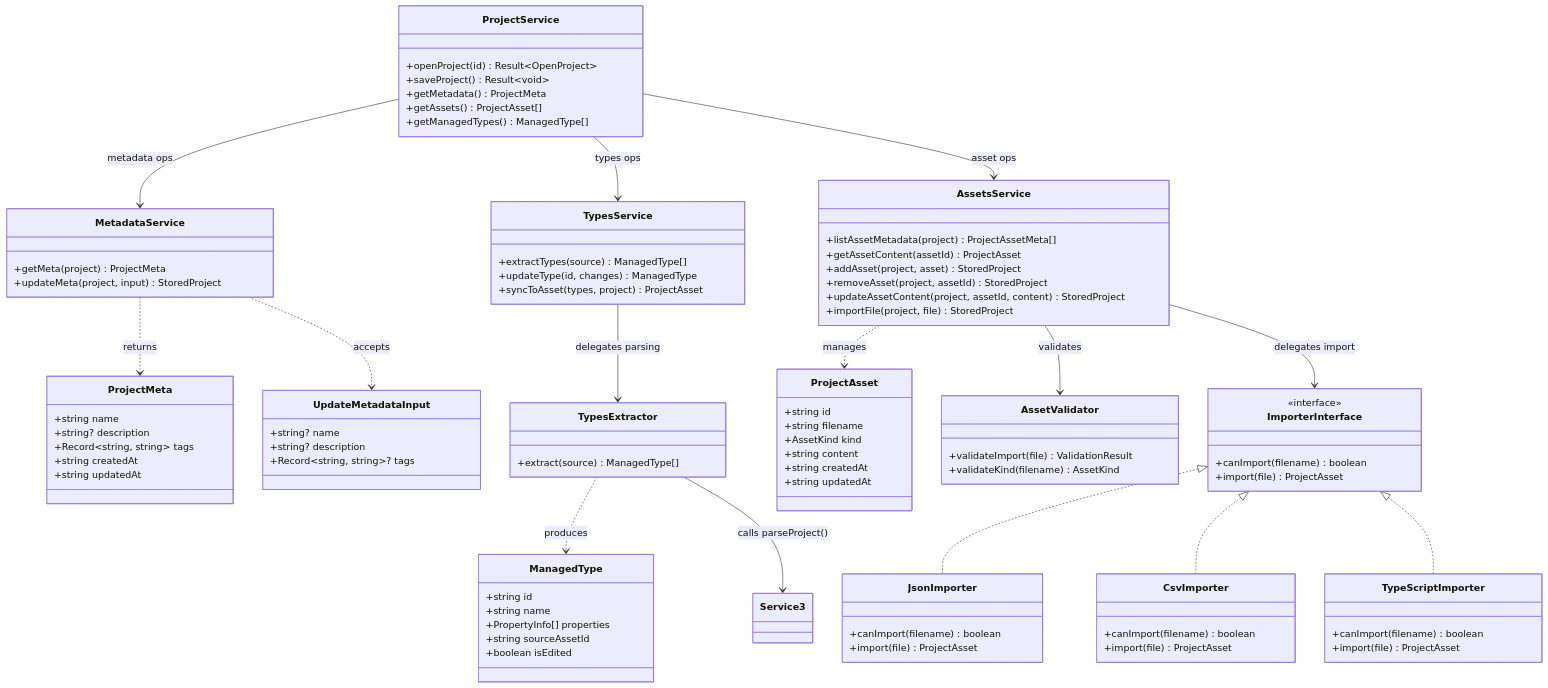
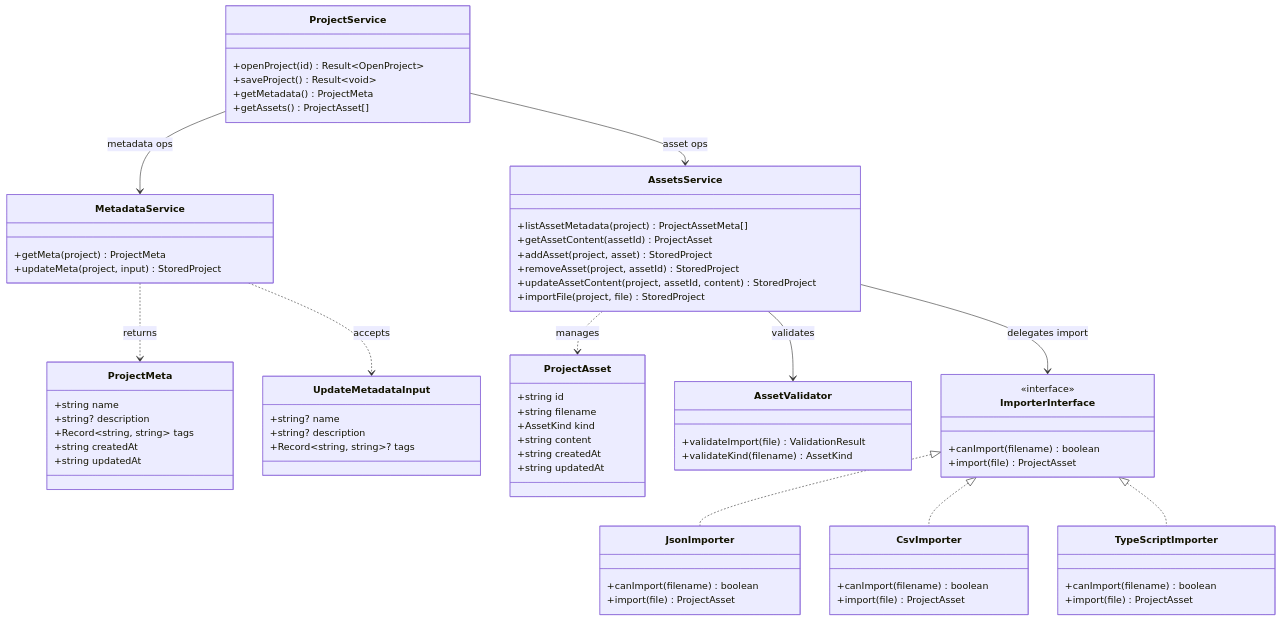
The first of 2 diagrams in docs/02_PROJECT_SERVICE_ARCH.md (rimvydasb/open-modeler-ts), drawn with Mermaid before and after one commit. The commit also changed other lines of this file and 7 other files, not shown here.

Commit message:
refactor: update architecture documents to reflect service renumbering and dependencies

```diff
--- a/docs/02_PROJECT_SERVICE_ARCH.md
+++ b/docs/02_PROJECT_SERVICE_ARCH.md
@@ -36,7 +38,6 @@
         +saveProject() Result~void~
         +getMetadata() ProjectMeta
         +getAssets() ProjectAsset[]
-        +getManagedTypes() ManagedType[]
     }
 
     class MetadataService {
@@ -56,24 +57,6 @@
         +string? name
         +string? description
         +Record~string, string~? tags
-    }
-
-    class TypesService {
-        +extractTypes(source) ManagedType[]
-        +updateType(id, changes) ManagedType
-        +syncToAsset(types, project) ProjectAsset
-    }
-
-    class TypesExtractor {
-        +extract(source) ManagedType[]
-    }
-
-    class ManagedType {
-        +string id
-        +string name
-        +PropertyInfo[] properties
-        +string sourceAssetId
-        +boolean isEdited
     }
 
     class AssetsService {
@@ -121,15 +104,10 @@
     }
 
     ProjectService --> MetadataService : metadata ops
-    ProjectService --> TypesService : types ops
     ProjectService --> AssetsService : asset ops
 
     MetadataService ..> ProjectMeta : returns
     MetadataService ..> UpdateMetadataInput : accepts
-
-    TypesService --> TypesExtractor : delegates parsing
-    TypesExtractor ..> ManagedType : produces
-    TypesExtractor --> Service3 : calls parseProject()
 
     AssetsService --> AssetValidator : validates
     AssetsService --> ImporterInterface : delegates import
```
